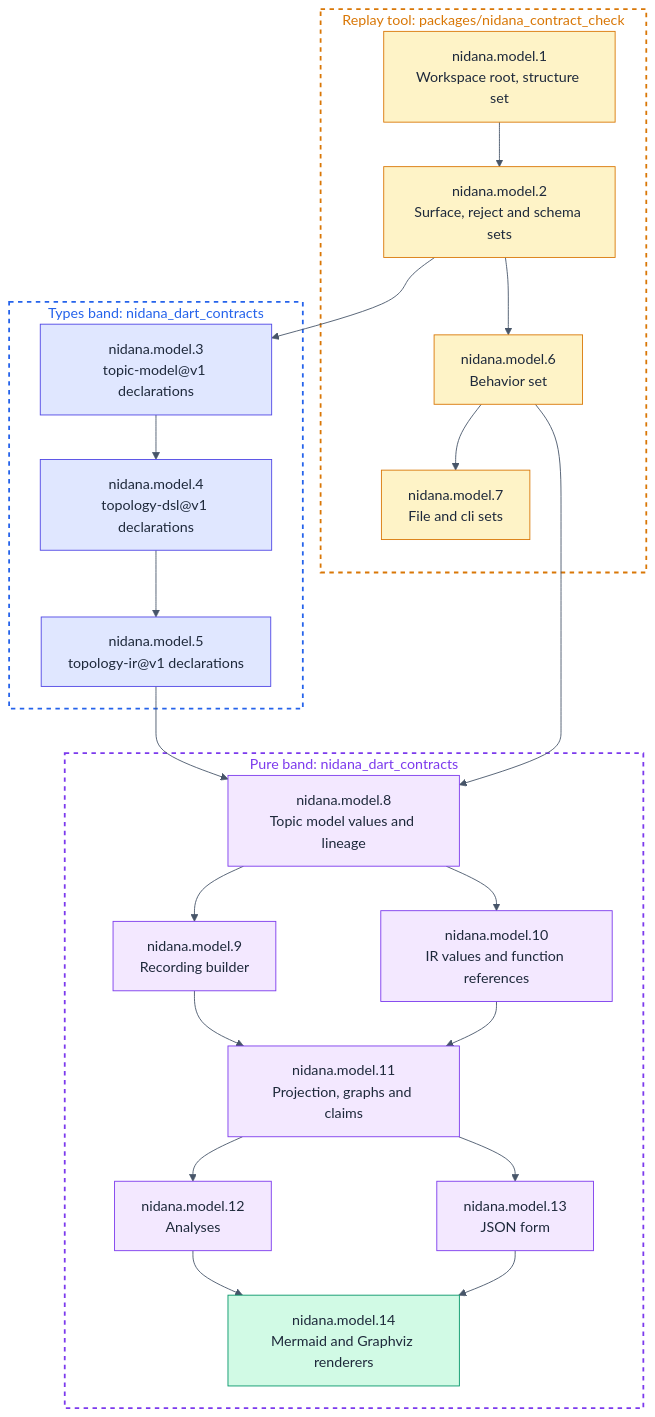
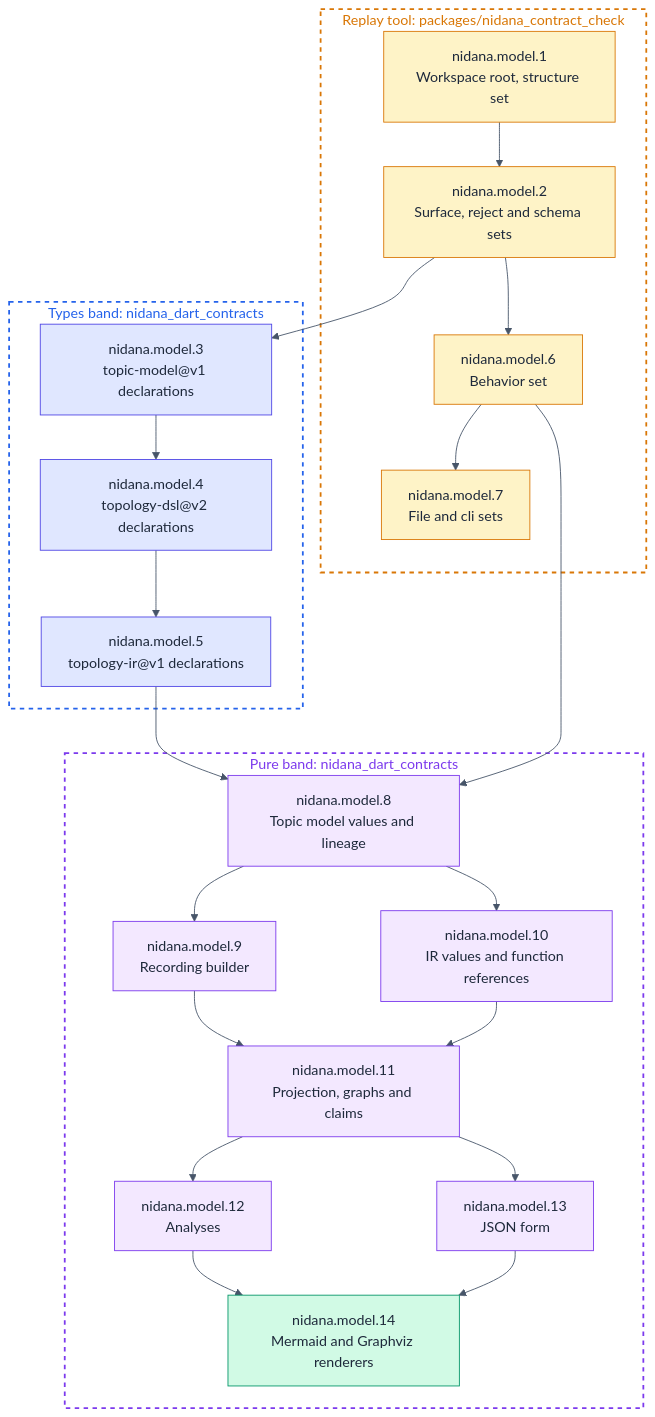
One commit to Samsara-Stream/nidana-bus-dart changed the diagram in hsdd/spec/nidana.model.md. Above: the diagram before and after it, drawn with Mermaid. The commit also changed other lines of this file and 10 other files, not shown here.

````diff
--- a/hsdd/spec/nidana.model.md
+++ b/hsdd/spec/nidana.model.md
@@ -172,60 +172,60 @@
 ```mermaid
 %%{init:{'theme':'base','themeVariables':{'primaryTextColor':'#1e293b','lineColor':'#475569','edgeLabelBackground':'#ffffff','tertiaryTextColor':'#1e293b'}}}%%
 flowchart TD
     subgraph tool ["Replay tool: packages/nidana_contract_check"]
         P1["nidana.model.1<br/>Workspace root, structure set"]
         P2["nidana.model.2<br/>Surface, reject and schema sets"]
         P6["nidana.model.6<br/>Behavior set"]
         P7["nidana.model.7<br/>File and cli sets"]
     end
     subgraph types ["Types band: nidana_dart_contracts"]
         P3["nidana.model.3<br/>topic-model@v1 declarations"]
-        P4["nidana.model.4<br/>topology-dsl@v1 declarations"]
+        P4["nidana.model.4<br/>topology-dsl@v2 declarations"]
         P5["nidana.model.5<br/>topology-ir@v1 declarations"]
     end
     subgraph pure ["Pure band: nidana_dart_contracts"]
         P8["nidana.model.8<br/>Topic model values and lineage"]
         P9["nidana.model.9<br/>Recording builder"]
         P10["nidana.model.10<br/>IR values and function references"]
         P11["nidana.model.11<br/>Projection, graphs and claims"]
         P12["nidana.model.12<br/>Analyses"]
         P13["nidana.model.13<br/>JSON form"]
         P14["nidana.model.14<br/>Mermaid and Graphviz renderers"]
     end
 
     P1 --> P2
     P2 --> P3
     P3 --> P4
     P4 --> P5
     P2 --> P6
     P6 --> P7
     P5 --> P8
     P6 --> P8
     P8 --> P9
     P8 --> P10
     P9 --> P11
     P10 --> P11
     P11 --> P12
     P11 --> P13
     P12 --> P14
     P13 --> P14
 
     style tool fill:none,stroke:#d97706,stroke-dasharray: 5 5,stroke-width:2px,color:#d97706
     style types fill:none,stroke:#2563eb,stroke-dasharray: 5 5,stroke-width:2px,color:#2563eb
     style pure fill:none,stroke:#7c3aed,stroke-dasharray: 5 5,stroke-width:2px,color:#7c3aed
 
     style P1 fill:#fef3c7,stroke:#d97706,color:#1e293b
     style P2 fill:#fef3c7,stroke:#d97706,color:#1e293b
     style P6 fill:#fef3c7,stroke:#d97706,color:#1e293b
     style P7 fill:#fef3c7,stroke:#d97706,color:#1e293b
     style P3 fill:#e0e7ff,stroke:#4f46e5,color:#1e293b
     style P4 fill:#e0e7ff,stroke:#4f46e5,color:#1e293b
     style P5 fill:#e0e7ff,stroke:#4f46e5,color:#1e293b
     style P8 fill:#f3e8ff,stroke:#7c3aed,color:#1e293b
     style P9 fill:#f3e8ff,stroke:#7c3aed,color:#1e293b
     style P10 fill:#f3e8ff,stroke:#7c3aed,color:#1e293b
     style P11 fill:#f3e8ff,stroke:#7c3aed,color:#1e293b
     style P12 fill:#f3e8ff,stroke:#7c3aed,color:#1e293b
     style P13 fill:#f3e8ff,stroke:#7c3aed,color:#1e293b
     style P14 fill:#d1fae5,stroke:#059669,color:#1e293b
 ```
````
